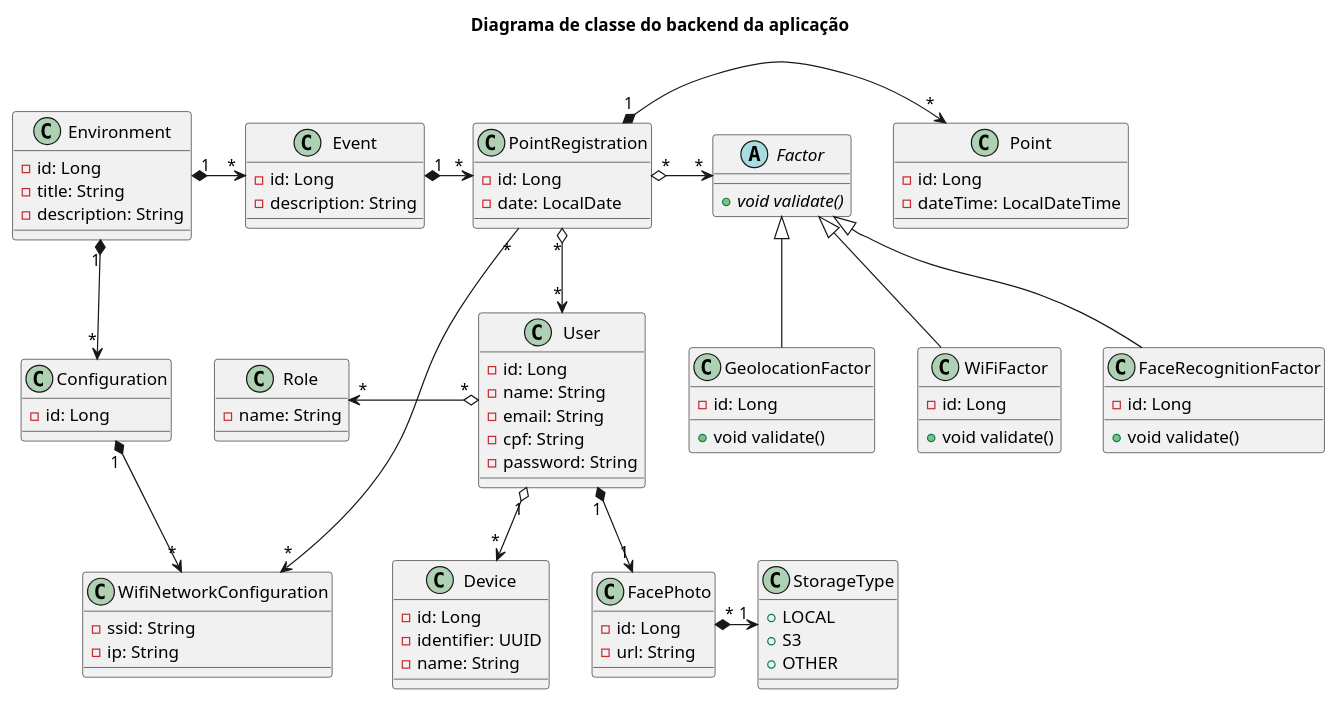
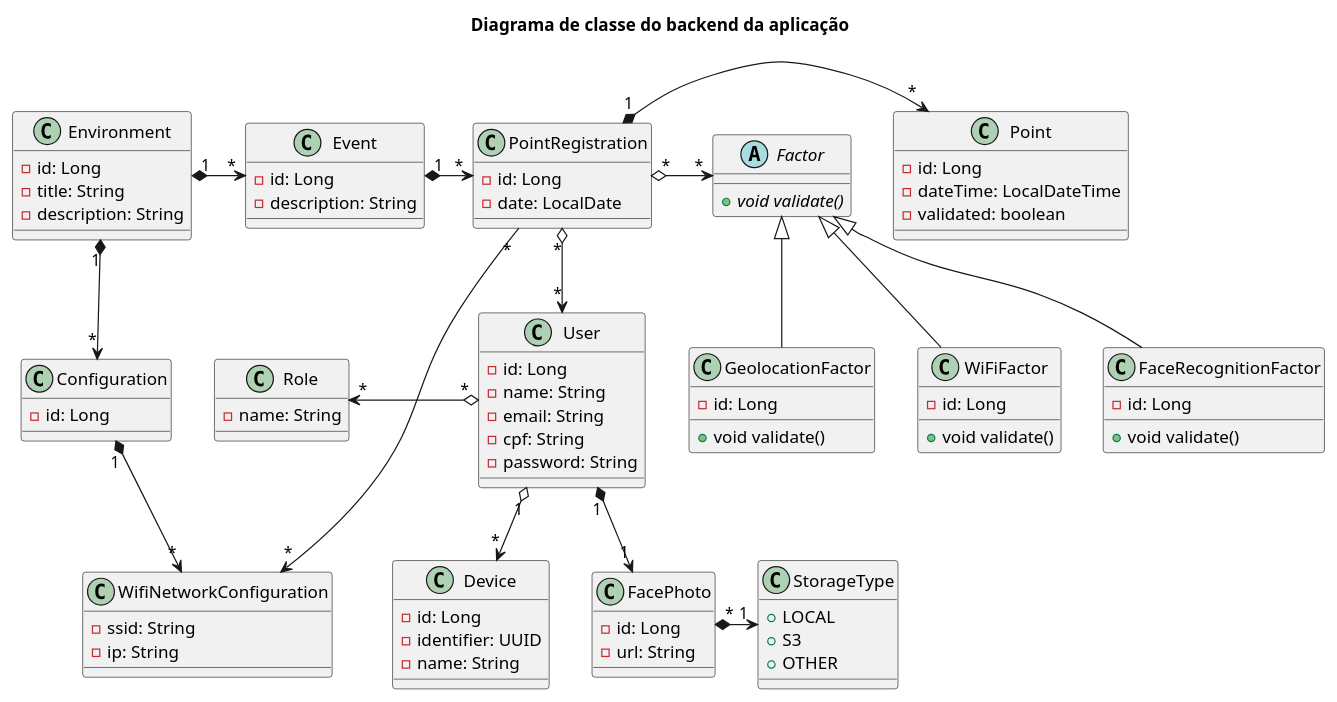
Before and after one commit to luan-coelho/faceverify: the diagram in backend/diagram-class.plantuml, drawn with PlantUML. The commit also changed 3 other files, not shown here.

```diff
--- a/backend/diagram-class.plantuml
+++ b/backend/diagram-class.plantuml
@@ -1,102 +1,103 @@
 @startuml
 title Diagrama de classe do backend da aplicação
 
 class User {
     - id: Long
     - name: String
     - email: String
     - cpf: String
     - password: String
 }
 
 class Device {
     - id: Long
     - identifier: UUID
     - name: String
 }
 
 class FacePhoto {
     - id: Long
     - url: String
 }
 
 class StorageType {
     + LOCAL
     + S3
     + OTHER
 }
 
 class Role {
     - name: String
 }
 
 class Event {
     - id: Long
     - description: String
 }
 
 class PointRegistration {
     - id: Long
     - date: LocalDate
 }
 
 class Point {
     - id: Long
     - dateTime: LocalDateTime
+    - validated: boolean
 }
 
 abstract class Factor {
     + void {abstract} validate()
 }
 
 class Environment {
     - id: Long
     - title: String
     - description: String
 }
 
 class Configuration {
     - id: Long
 }
 
 class WifiNetworkConfiguration {
     - ssid: String
     - ip: String
 }
 
 class FaceRecognitionFactor {
     - id: Long
     + void validate()
 }
 
 class GeolocationFactor {
     - id: Long
     + void validate()
 }
 
 class WiFiFactor {
     - id: Long
     + void validate()
 }
 
 Environment "1" *-> "*" Event
 Environment "1" *-down-> "*" Configuration
 Configuration "1" *-down-> "*" WifiNetworkConfiguration
 Event "1" *-> "*" PointRegistration
 
 PointRegistration "1" *-> "*" Point
 PointRegistration "*" o-down-> "*" User
 PointRegistration "*" o-> "*" Factor
 PointRegistration "*" --> "*" WifiNetworkConfiguration
 
 Factor <|-- FaceRecognitionFactor
 Factor <|-- GeolocationFactor
 Factor <|-- WiFiFactor
 
 User "*" o-left-> "*" Role
 User "1" o-down-> "*" Device
 User "1" *-down-> "1" FacePhoto
 
 FacePhoto "*" *-> "1" StorageType
 
 @enduml
```
